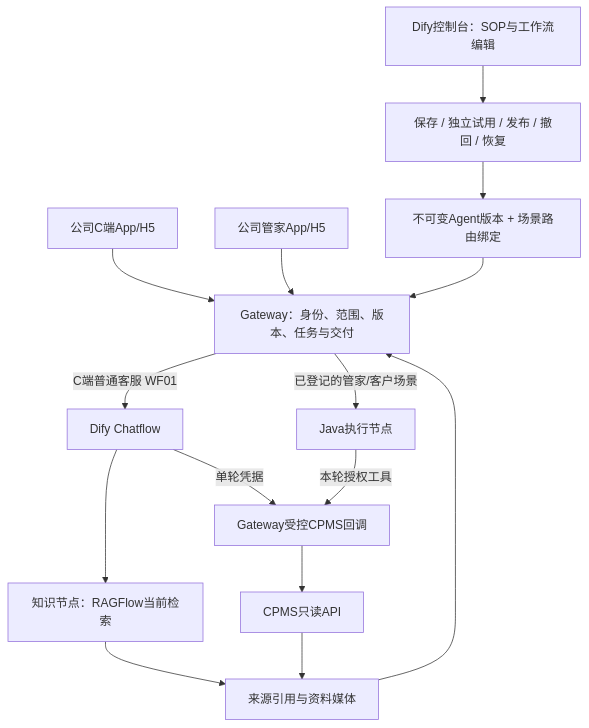
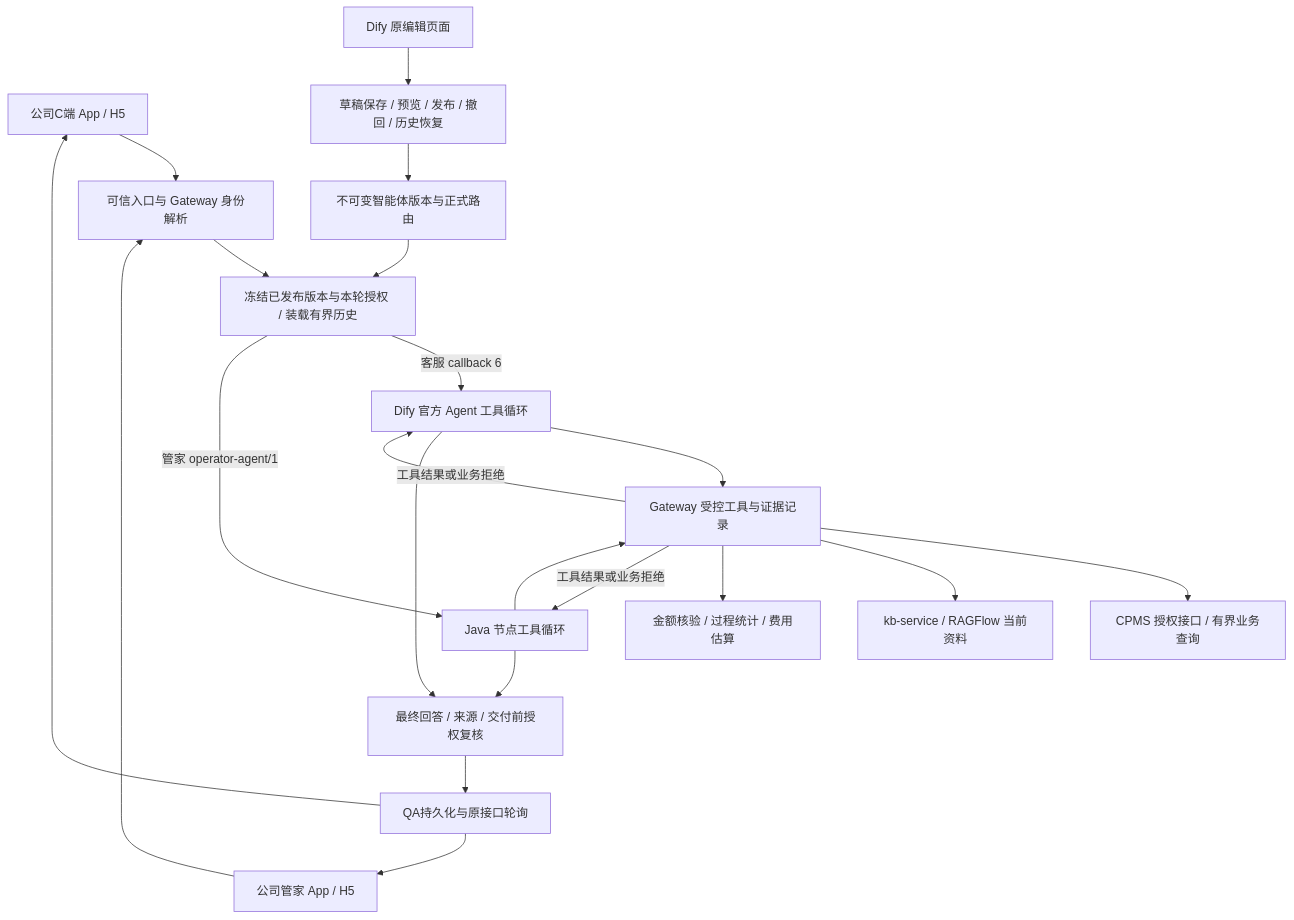
Before and after one commit to kilbertert/AI-Ops: the diagram in docs/system-architecture.md, drawn with Mermaid. The commit also changed other lines of this file and 19 other files, not shown here.

First line of the commit message:
docs(architecture): 统一现役架构、操作文档与阶段任务台账 (#1427)

````diff
--- a/docs/system-architecture.md
+++ b/docs/system-architecture.md
@@ -8,17 +12,23 @@
 ```mermaid
 flowchart TD
-  C[公司C端App/H5] --> G[Gateway：身份、范围、版本、任务与交付]
-  B[公司管家App/H5] --> G
-  E[Dify控制台：SOP与工作流编辑] --> P[保存 / 独立试用 / 发布 / 撤回 / 恢复]
-  P --> V[不可变Agent版本 + 场景路由绑定]
+  C[公司C端 App / H5] --> I[可信入口与 Gateway 身份解析]
+  B[公司管家 App / H5] --> I
+  I --> G[冻结已发布版本与本轮授权 / 装载有界历史]
+  G -->|客服 callback 6| D[Dify 官方 Agent 工具循环]
+  G -->|管家 operator-agent/1| J[Java 节点工具循环]
+  D --> T[Gateway 受控工具与证据记录]
+  J --> T
+  T --> CAPI[CPMS 授权接口 / 有界业务查询]
+  T --> KB[kb-service / RAGFlow 当前资料]
+  T --> CALC[金额核验 / 过程统计 / 费用估算]
+  T -->|工具结果或业务拒绝| D
+  T -->|工具结果或业务拒绝| J
+  D --> R[最终回答 / 来源 / 交付前授权复核]
+  J --> R
+  R --> Q[QA持久化与原接口轮询]
+  Q --> C
+  Q --> B
+  E[Dify 原编辑页面] --> P[草稿保存 / 预览 / 发布 / 撤回 / 历史恢复]
+  P --> V[不可变智能体版本与正式路由]
   V --> G
-  G -->|C端普通客服 WF01| D[Dify Chatflow]
-  G -->|已登记的管家/客户场景| N[Java执行节点]
-  D --> K[知识节点：RAGFlow当前检索]
-  D -->|单轮凭据| Q[Gateway受控CPMS回调]
-  N -->|本轮授权工具| Q
-  Q --> API[CPMS只读API]
-  K --> R[来源引用与资料媒体]
-  API --> R
-  R --> G
 ```
````
